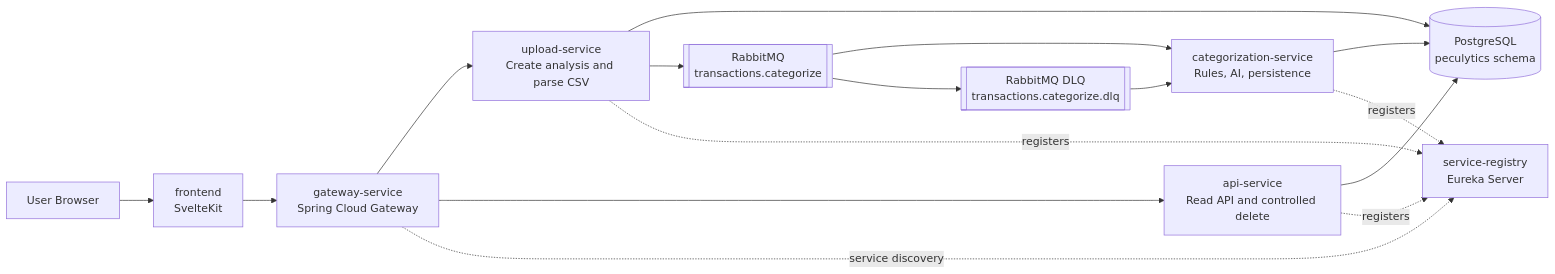
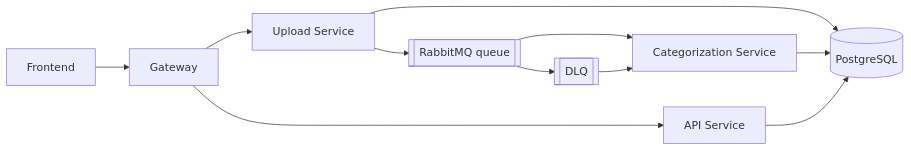
The first of 3 diagrams in README.md (cauecalil/peculytics), drawn with Mermaid before and after one commit. The commit also changed other lines of this file, not shown here.

Commit message:
docs(readme): consolidate flow sections and update diagrams for processing flow improvements

````diff
--- a/README.md
+++ b/README.md
@@ -68,23 +67,8 @@
 ```mermaid
 flowchart LR
-    Browser[User Browser] --> Frontend[frontend<br/>SvelteKit]
-    Frontend --> Gateway[gateway-service<br/>Spring Cloud Gateway]
-
-    Gateway --> Upload[upload-service<br/>Create analysis and parse CSV]
-    Gateway --> Api[api-service<br/>Read API and controlled delete]
-
-    Upload --> Database[(PostgreSQL<br/>peculytics schema)]
-    Api --> Database
-
-    Upload --> Queue[[RabbitMQ<br/>transactions.categorize]]
-    Queue --> Categorization[categorization-service<br/>Rules, AI, persistence]
-    Categorization --> Database
-
-    Queue --> DLQ[[RabbitMQ DLQ<br/>transactions.categorize.dlq]]
-    DLQ --> Categorization
-
-    Gateway -. service discovery .-> Eureka[service-registry<br/>Eureka Server]
-    Upload -. registers .-> Eureka
-    Api -. registers .-> Eureka
-    Categorization -. registers .-> Eureka
+    Frontend --> Gateway[Gateway]
+    Gateway --> Upload[Upload Service] --> DB[(PostgreSQL)]
+    Gateway --> Api[API Service] --> DB
+    Upload --> MQ[[RabbitMQ queue]] --> Categorize[Categorization Service] --> DB
+    MQ --> DLQ[[DLQ]] --> Categorize
 ```
````
